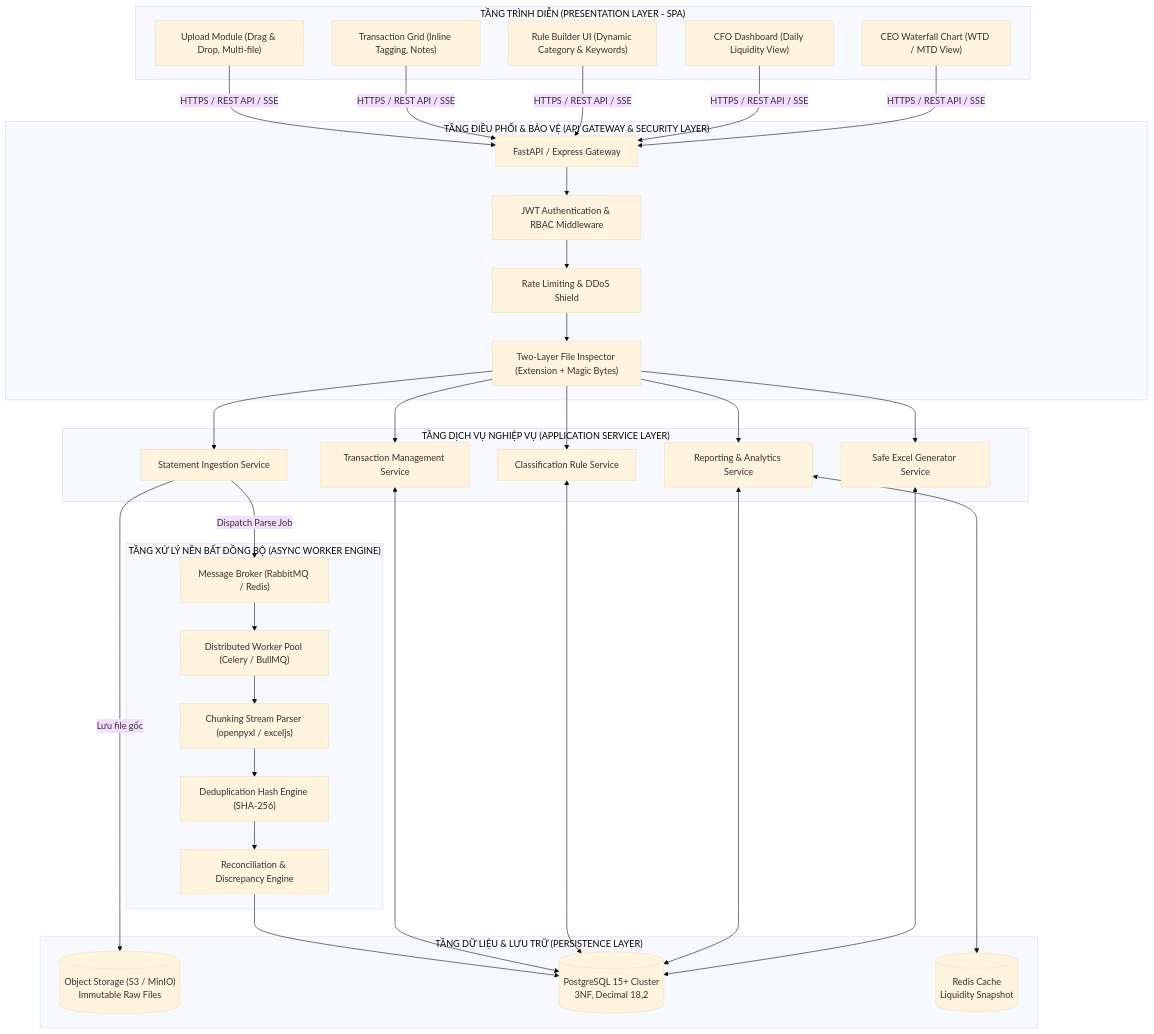
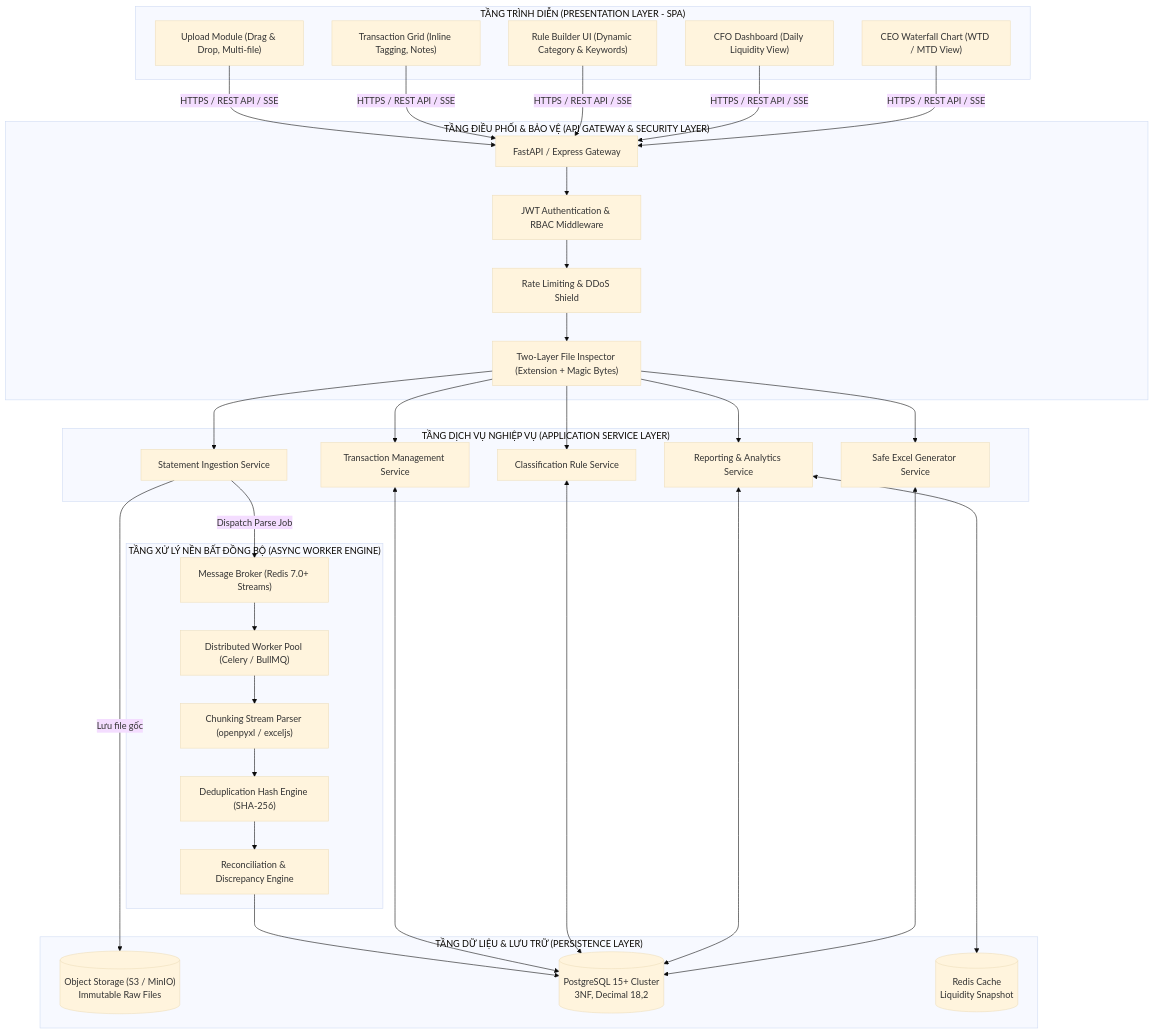
Before and after one commit to nlcnhung024/treasury_system: the first of 4 diagrams in docs/SAD.md, drawn with Mermaid (base theme). The commit also changed other lines of this file and 74 other files, not shown here.

````diff
--- a/docs/SAD.md
+++ b/docs/SAD.md
@@ -71,52 +74,52 @@
 ```mermaid
 flowchart TD
     subgraph L1["TẦNG TRÌNH DIỄN (PRESENTATION LAYER - SPA)"]
         UI_Upload["Upload Module (Drag & Drop, Multi-file)"]
         UI_Table["Transaction Grid (Inline Tagging, Notes)"]
         UI_RuleBuilder["Rule Builder UI (Dynamic Category & Keywords)"]
         UI_CFODash["CFO Dashboard (Daily Liquidity View)"]
         UI_CEOWaterfall["CEO Waterfall Chart (WTD / MTD View)"]
     end
 
     subgraph L2["TẦNG ĐIỀU PHỐI & BẢO VỆ (API GATEWAY & SECURITY LAYER)"]
         APIGateway["FastAPI / Express Gateway"]
         AuthMiddleware["JWT Authentication & RBAC Middleware"]
         RateLimiter["Rate Limiting & DDoS Shield"]
         FileValidator["Two-Layer File Inspector (Extension + Magic Bytes)"]
     end
 
     subgraph L3["TẦNG DỊCH VỤ NGHIỆP VỤ (APPLICATION SERVICE LAYER)"]
         StmtService["Statement Ingestion Service"]
         TransService["Transaction Management Service"]
         RuleService["Classification Rule Service"]
         ReportService["Reporting & Analytics Service"]
         ExcelExportService["Safe Excel Generator Service"]
     end
 
     subgraph L4["TẦNG XỬ LÝ NỀN BẤT ĐỒNG BỘ (ASYNC WORKER ENGINE)"]
-        QueueBroker["Message Broker (RabbitMQ / Redis)"]
+        QueueBroker["Message Broker (Redis 7.0+ Streams)"]
         WorkerPool["Distributed Worker Pool (Celery / BullMQ)"]
         StreamParser["Chunking Stream Parser (openpyxl / exceljs)"]
         ReconEngine["Reconciliation & Discrepancy Engine"]
         DedupEngine["Deduplication Hash Engine (SHA-256)"]
     end
 
     subgraph L5["TẦNG DỮ LIỆU & LƯU TRỮ (PERSISTENCE LAYER)"]
         ObjStore[("Object Storage (S3 / MinIO)<br/>Immutable Raw Files")]
         RDBMS[("PostgreSQL 15+ Cluster<br/>3NF, Decimal 18,2")]
         CacheStore[("Redis Cache<br/>Liquidity Snapshot")]
     end
 
     UI_Upload & UI_Table & UI_RuleBuilder & UI_CFODash & UI_CEOWaterfall -->|HTTPS / REST API / SSE| APIGateway
     APIGateway --> AuthMiddleware --> RateLimiter --> FileValidator
     FileValidator --> StmtService & TransService & RuleService & ReportService & ExcelExportService
     
     StmtService -->|Lưu file gốc| ObjStore
     StmtService -->|Dispatch Parse Job| QueueBroker
     QueueBroker --> WorkerPool
     WorkerPool --> StreamParser --> DedupEngine --> ReconEngine --> RDBMS
     
     TransService & RuleService & ReportService <--> RDBMS
     ReportService <--> CacheStore
     ExcelExportService <--> RDBMS
 ```
````
